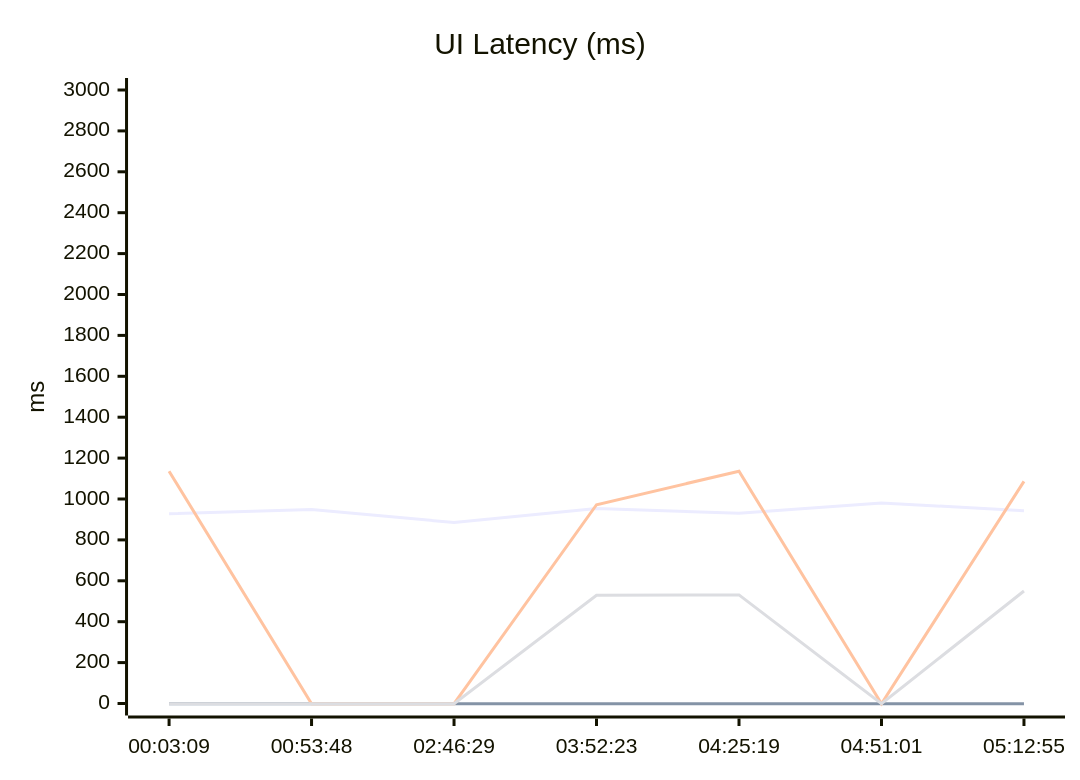
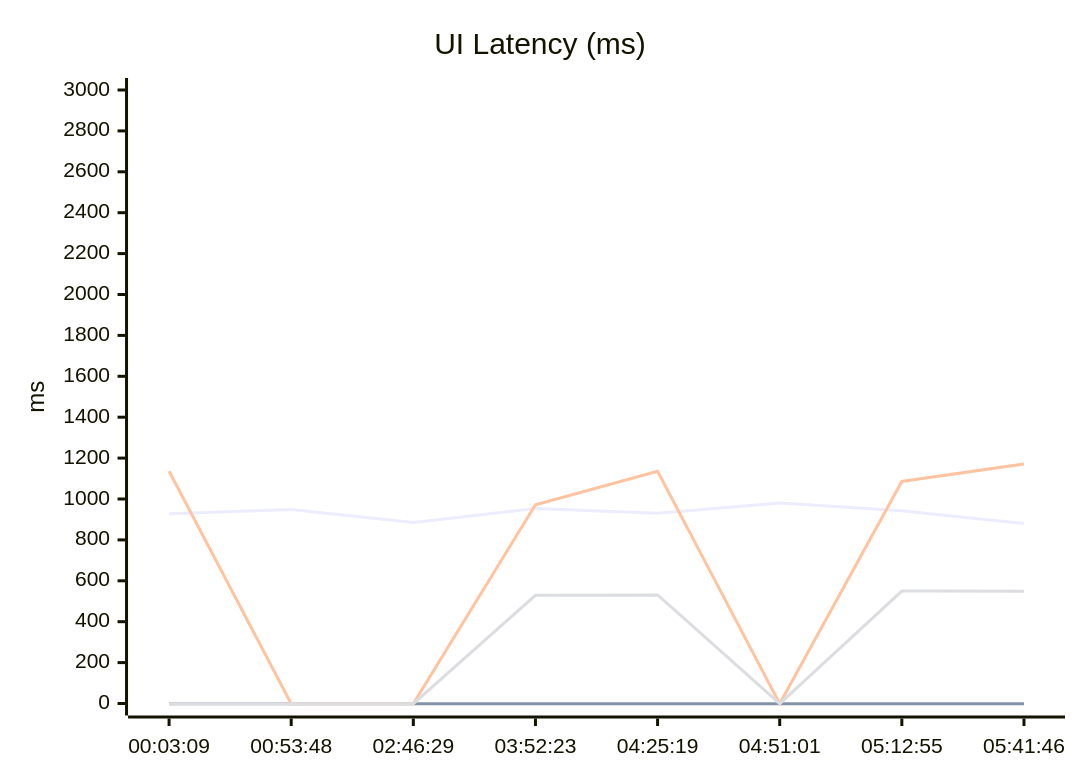
The diagram in README.md (greenwave1987/clash_test), drawn with Mermaid before and after one commit. The commit also changed other lines of this file and 1 other file, not shown here.

Commit message:
chore: update UI latency history

````diff
--- a/README.md
+++ b/README.md
@@ -16,10 +16,10 @@
 ```mermaid
 xychart-beta
   title "UI Latency (ms)"
-  x-axis ["00:03:09", "00:53:48", "02:46:29", "03:52:23", "04:25:19", "04:51:01", "05:12:55"]
+  x-axis ["00:03:09", "00:53:48", "02:46:29", "03:52:23", "04:25:19", "04:51:01", "05:12:55", "05:41:46"]
   y-axis "ms" 0 --> 3000
-  line "http://jz.***.uy" [928, 949, 885, 953, 930, 981, 942]
-  line "http://jz.***.io" [-1, -1, -1, -1, -1, -1, -1]
-  line "http://greenwave1987.***.in" [1136, -1, -1, 972, 1136, -1, 1086]
-  line "http://jz.***.xyz" [-1, -1, -1, 529, 531, -1, 550]
+  line "http://jz.***.uy" [928, 949, 885, 953, 930, 981, 942, 880]
+  line "http://jz.***.io" [-1, -1, -1, -1, -1, -1, -1, -1]
+  line "http://greenwave1987.***.in" [1136, -1, -1, 972, 1136, -1, 1086, 1171]
+  line "http://jz.***.xyz" [-1, -1, -1, 529, 531, -1, 550, 549]
 ```
````
